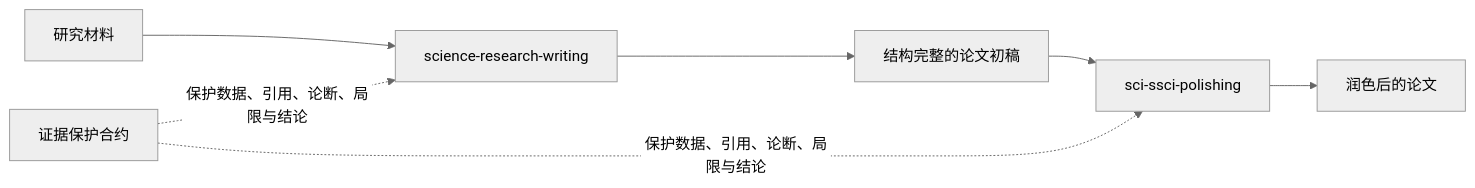
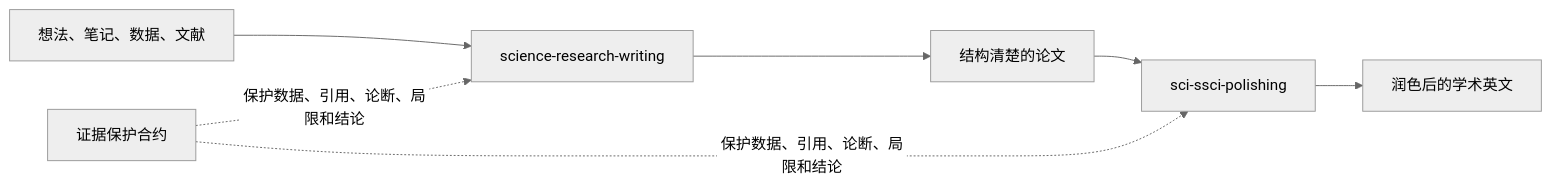
The diagram in README_CN.md (Yila-AI/awesome-research-skills), drawn with Mermaid (neutral theme) before and after one commit. The commit also changed other lines of this file and 1 other file, not shown here.

Commit message:
docs: clarify two-foundation research writing workflow

````diff
--- a/README_CN.md
+++ b/README_CN.md
@@ -20,9 +29,9 @@
 ```mermaid
 flowchart LR
-    A[研究材料] --> B[science-research-writing]
-    B --> C[结构完整的论文初稿]
+    A[想法、笔记、数据、文献] --> B[science-research-writing]
+    B --> C[结构清楚的论文]
     C --> D[sci-ssci-polishing]
-    D --> E[润色后的论文]
-    F[证据保护合约] -. 保护数据、引用、论断、局限与结论 .-> B
-    F -. 保护数据、引用、论断、局限与结论 .-> D
+    D --> E[润色后的学术英文]
+    F[证据保护合约] -. 保护数据、引用、论断、局限和结论 .-> B
+    F -. 保护数据、引用、论断、局限和结论 .-> D
 ```
````
